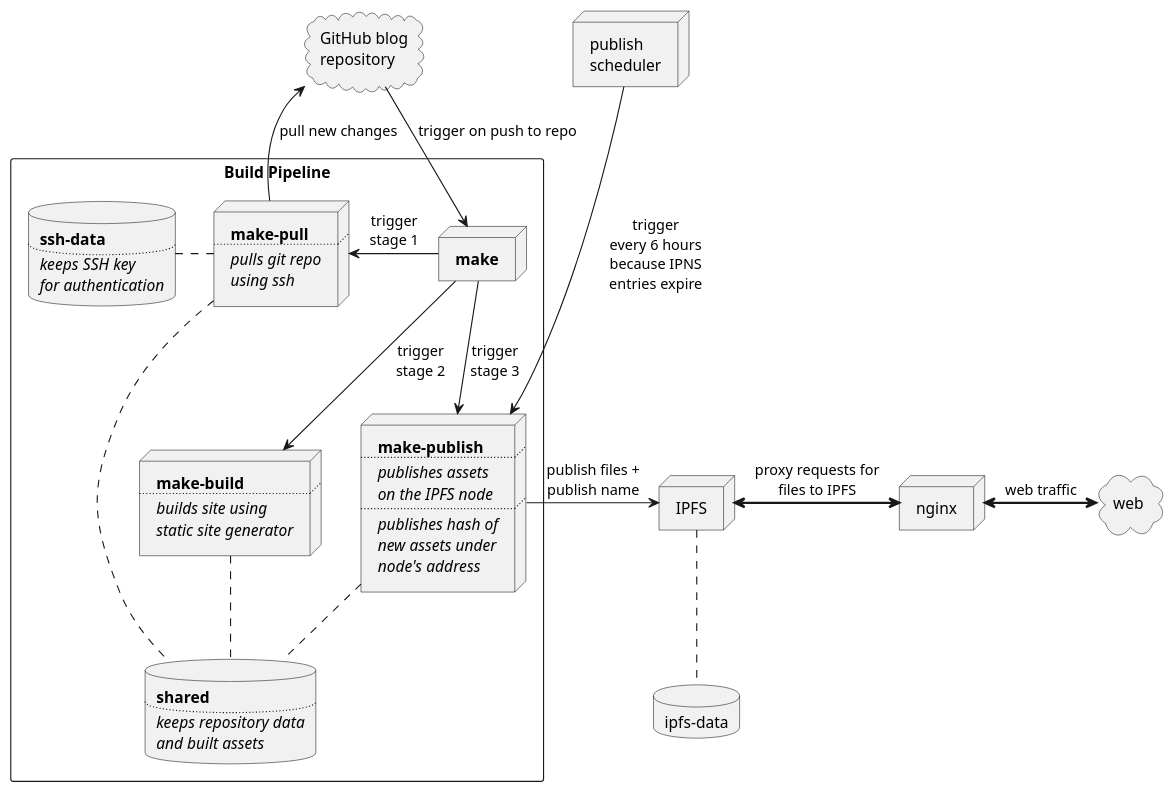
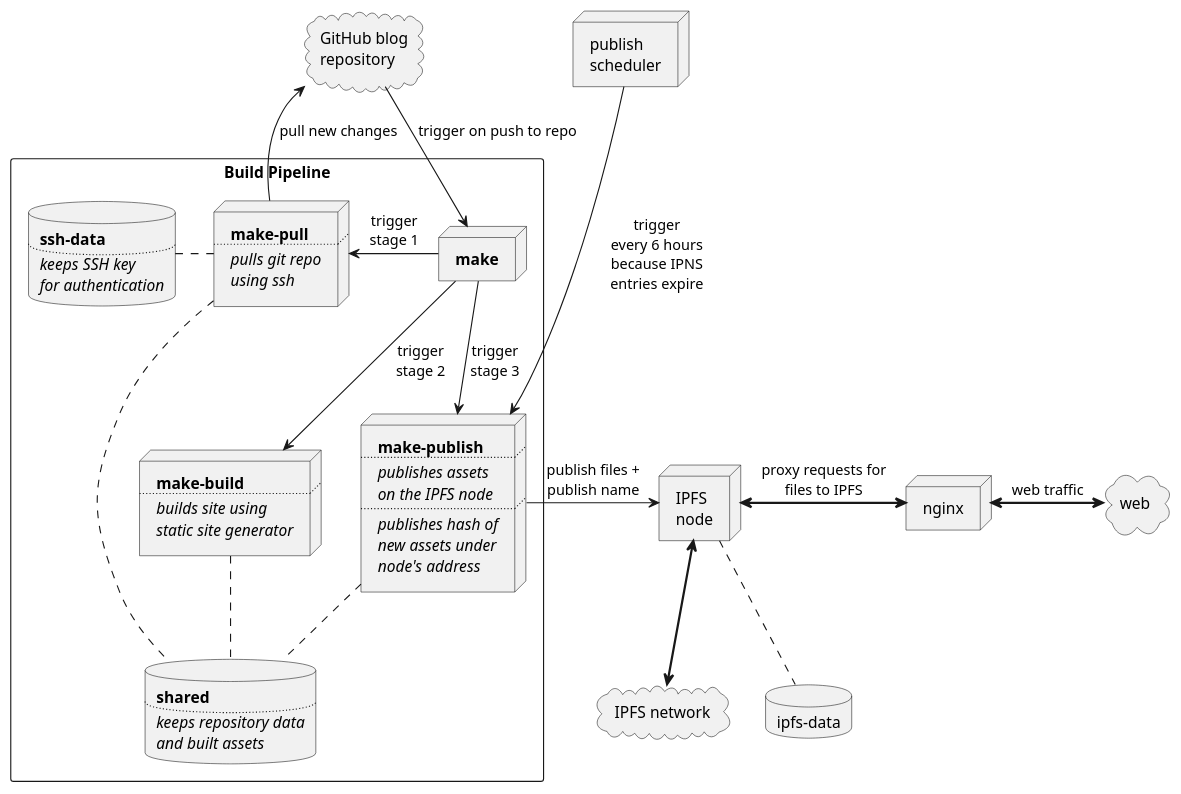
Before and after one commit to msz/blog-stack: the diagram in architecture.plantuml, drawn with PlantUML.

Commit message:
diagram tweaks

```diff
--- a/architecture.plantuml
+++ b/architecture.plantuml
@@ -1,92 +1,99 @@
 @startuml architecture
 
 node nginx
 
 rectangle "Build Pipeline" {
     node make [
         **make**
     ]
 
     node make_pull [
         **make-pull**
         ..
         //pulls git repo//
         //using ssh//
     ]
 
     node make_build [
         **make-build**
         ..
         //builds site using//
         //static site generator//
     ]
 
     node make_publish [
         **make-publish**
         ..
         //publishes assets//
         //on the IPFS node//
         ..
         //publishes hash of//
         //new assets under//
         //node's address//
     ]
 
     database shared [
         **shared**
         ..
         //keeps repository data//
         //and built assets//
     ]
 
     database ssh_data [
         **ssh-data**
         ..
         //keeps SSH key//
         //for authentication//
     ]
 
     make_pull .. shared
     make_build .. shared
     make_publish .. shared
 
     make_pull .left. ssh_data
 }
 
 node scheduler [
     publish
     scheduler
 ]
 
 node ipfs [
    IPFS
+   node
 ]
+
+cloud ipfs_network [
+    IPFS network
+]
+
+ipfs <==> ipfs_network
 
 database ipfs_data [
     ipfs-data
 ]
 
 ipfs .. ipfs_data
 
 cloud web
 
 cloud github [
     GitHub blog
     repository
 ]
 
 nginx <=> web: web traffic
 ipfs <=> nginx: proxy requests for\nfiles to IPFS
 
 github -down-> make: trigger on push to repo
 make_pull -up-> github: pull new changes
 
 make -left-> make_pull: trigger\nstage 1
 make --> make_build: trigger\nstage 2
 make --> make_publish: trigger\nstage 3
 
 make_publish -right-> ipfs: publish files +\npublish name
 
 scheduler -down--> make_publish: trigger\nevery 6 hours\nbecause IPNS\nentries expire
 
 @enduml
```
